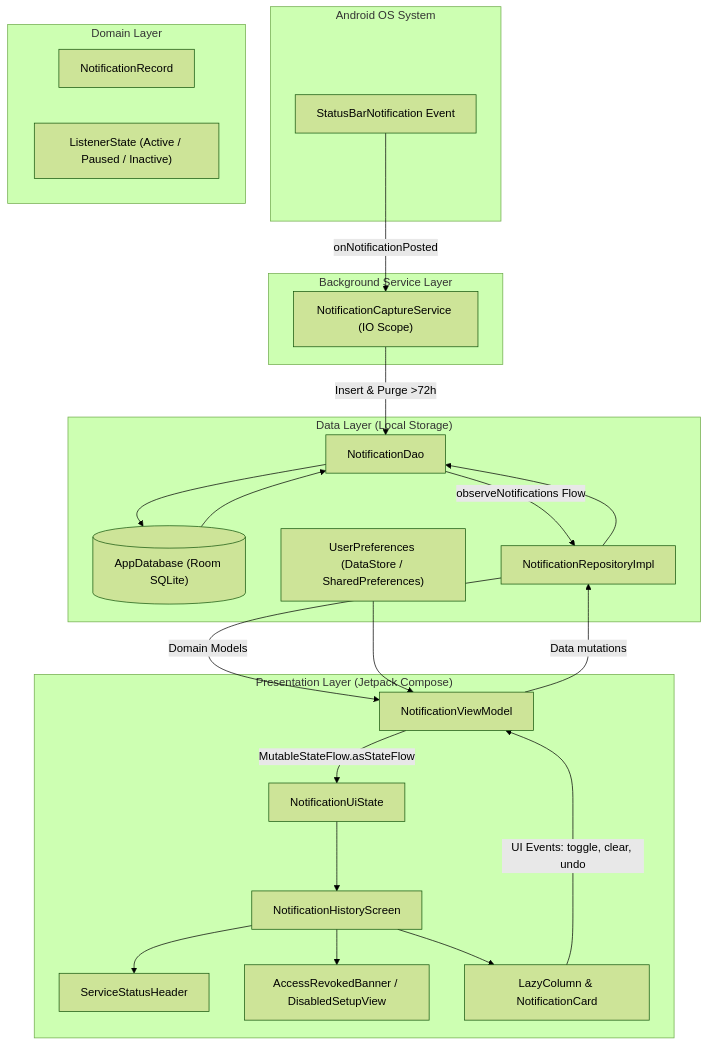
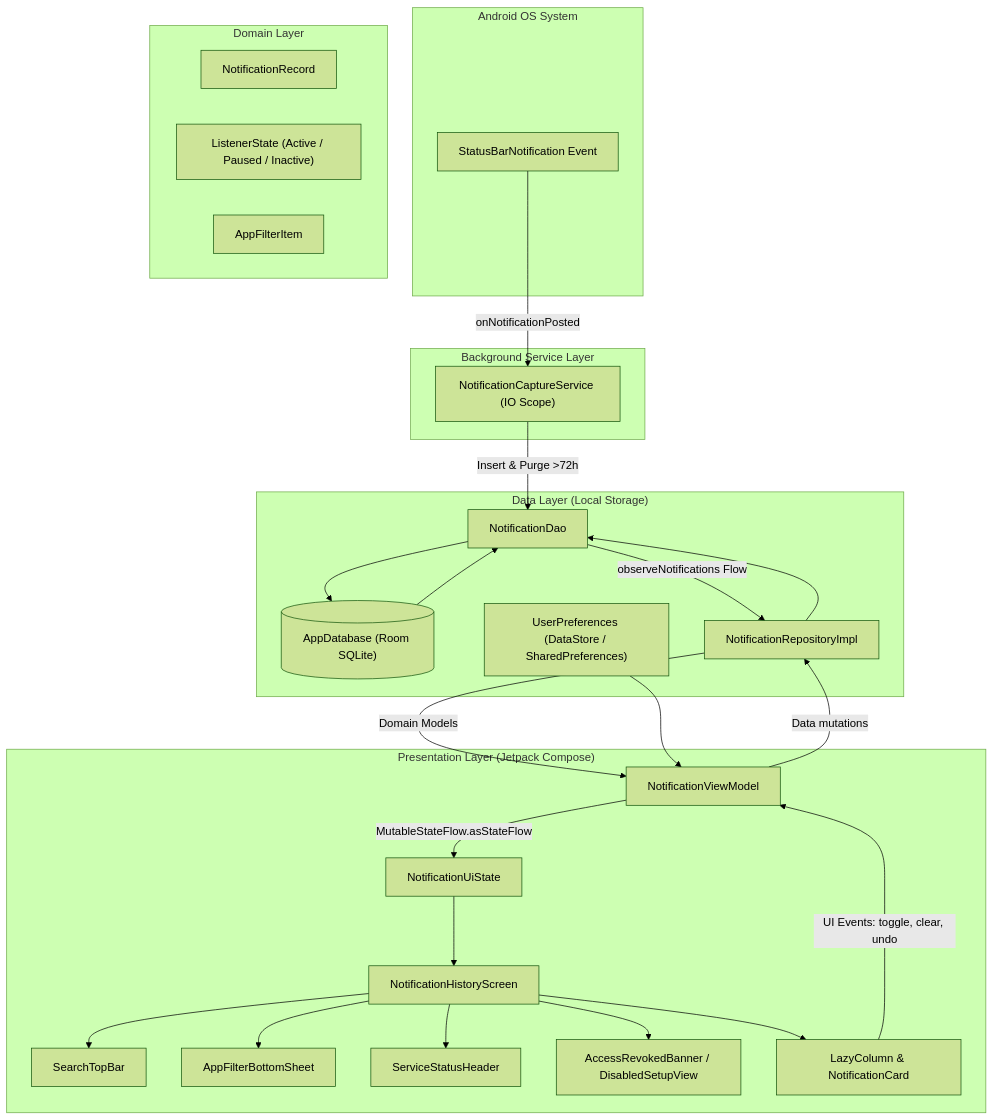
One commit to fblazt/recall changed the diagram in README.md. Above: the diagram before and after it, drawn with Mermaid (forest theme). The commit also changed other lines of this file, not shown here.

Commit message:
docs(readme): document notification search feature

````diff
--- a/README.md
+++ b/README.md
@@ -29,47 +31,52 @@
 ```mermaid
 flowchart TD
     subgraph System["Android OS System"]
         SBN["StatusBarNotification Event"]
     end
 
     subgraph Service["Background Service Layer"]
         NCS["NotificationCaptureService (IO Scope)"]
     end
 
     subgraph Data["Data Layer (Local Storage)"]
         DB[("AppDatabase (Room SQLite)")]
         DAO["NotificationDao"]
         PREF["UserPreferences (DataStore / SharedPreferences)"]
         REPO["NotificationRepositoryImpl"]
     end
 
     subgraph Domain["Domain Layer"]
         RECORD["NotificationRecord"]
         STATE["ListenerState (Active / Paused / Inactive)"]
+        APPFILTER["AppFilterItem"]
     end
 
     subgraph UI["Presentation Layer (Jetpack Compose)"]
         VM["NotificationViewModel"]
         UISTATE["NotificationUiState"]
         SCREEN["NotificationHistoryScreen"]
+        SEARCHBAR["SearchTopBar"]
+        BOTTOMSHEET["AppFilterBottomSheet"]
         HEADER["ServiceStatusHeader"]
         BANNER["AccessRevokedBanner / DisabledSetupView"]
         FEED["LazyColumn & NotificationCard"]
     end
 
     SBN -->|onNotificationPosted| NCS
     NCS -->|Insert & Purge >72h| DAO
     DAO --> DB
     DB --> DAO
     DAO -->|observeNotifications Flow| REPO
     REPO -->|Domain Models| VM
     PREF --> VM
     VM -->|MutableStateFlow.asStateFlow| UISTATE
     UISTATE --> SCREEN
+    SCREEN --> SEARCHBAR
+    SCREEN --> BOTTOMSHEET
     SCREEN --> HEADER
     SCREEN --> BANNER
     SCREEN --> FEED
     FEED -->|UI Events: toggle, clear, undo| VM
     VM -->|Data mutations| REPO
     REPO --> DAO
 ```
````
